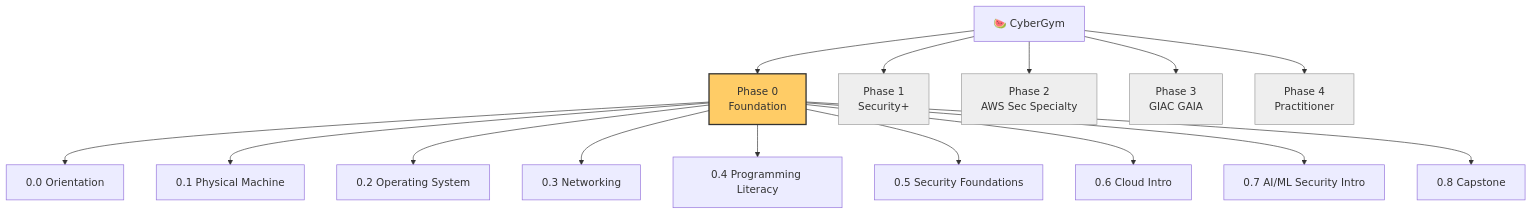
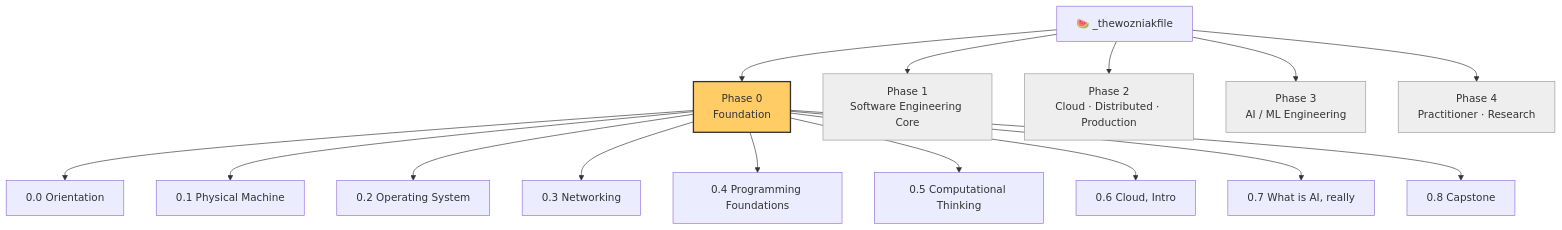
The diagram in content/00-Course-Map.md (MdAshrafulIslam1998/cybergym), drawn with Mermaid before and after one commit. The commit also changed other lines of this file and 23 other files, not shown here.

First line of the commit message:
pivot: CyberGym → _thewozniakfile (SE + AI engineering direction)

````diff
--- a/content/00-Course-Map.md
+++ b/content/00-Course-Map.md
@@ -21,24 +21,24 @@
 ```mermaid
 graph TD
-  CG[🍉 CyberGym] --> P0[Phase 0<br/>Foundation]
-  CG --> P1[Phase 1<br/>Security+]
-  CG --> P2[Phase 2<br/>AWS Sec Specialty]
-  CG --> P3[Phase 3<br/>GIAC GAIA]
-  CG --> P4[Phase 4<br/>Practitioner]
+  WZ[🍉 _thewozniakfile] --> P0[Phase 0<br/>Foundation]
+  WZ --> P1[Phase 1<br/>Software Engineering Core]
+  WZ --> P2[Phase 2<br/>Cloud · Distributed · Production]
+  WZ --> P3[Phase 3<br/>AI / ML Engineering]
+  WZ --> P4[Phase 4<br/>Practitioner · Research]
 
   P0 --> P0_0[0.0 Orientation]
   P0 --> P0_1[0.1 Physical Machine]
   P0 --> P0_2[0.2 Operating System]
   P0 --> P0_3[0.3 Networking]
-  P0 --> P0_4[0.4 Programming Literacy]
-  P0 --> P0_5[0.5 Security Foundations]
-  P0 --> P0_6[0.6 Cloud Intro]
-  P0 --> P0_7[0.7 AI/ML Security Intro]
+  P0 --> P0_4[0.4 Programming Foundations]
+  P0 --> P0_5[0.5 Computational Thinking]
+  P0 --> P0_6[0.6 Cloud, Intro]
+  P0 --> P0_7[0.7 What is AI, really]
   P0 --> P0_8[0.8 Capstone]
 
   style P0 fill:#ffcc66,stroke:#333,stroke-width:2px
   style P1 fill:#eee,stroke:#999
   style P2 fill:#eee,stroke:#999
   style P3 fill:#eee,stroke:#999
   style P4 fill:#eee,stroke:#999
 ```
````
